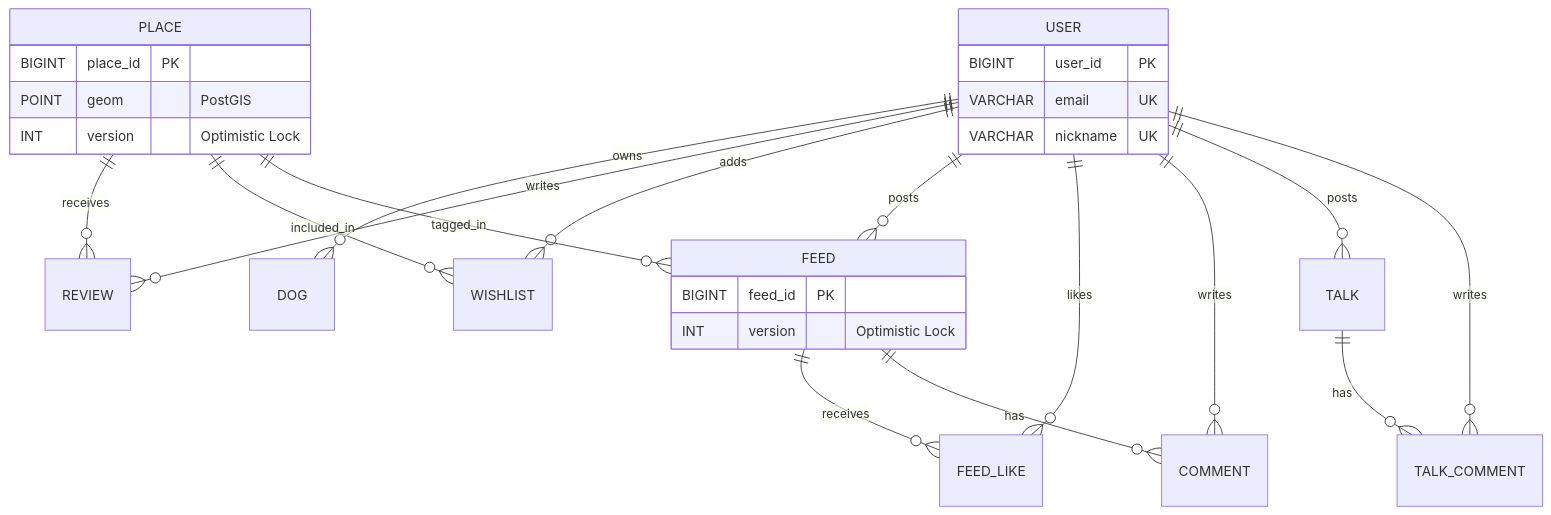
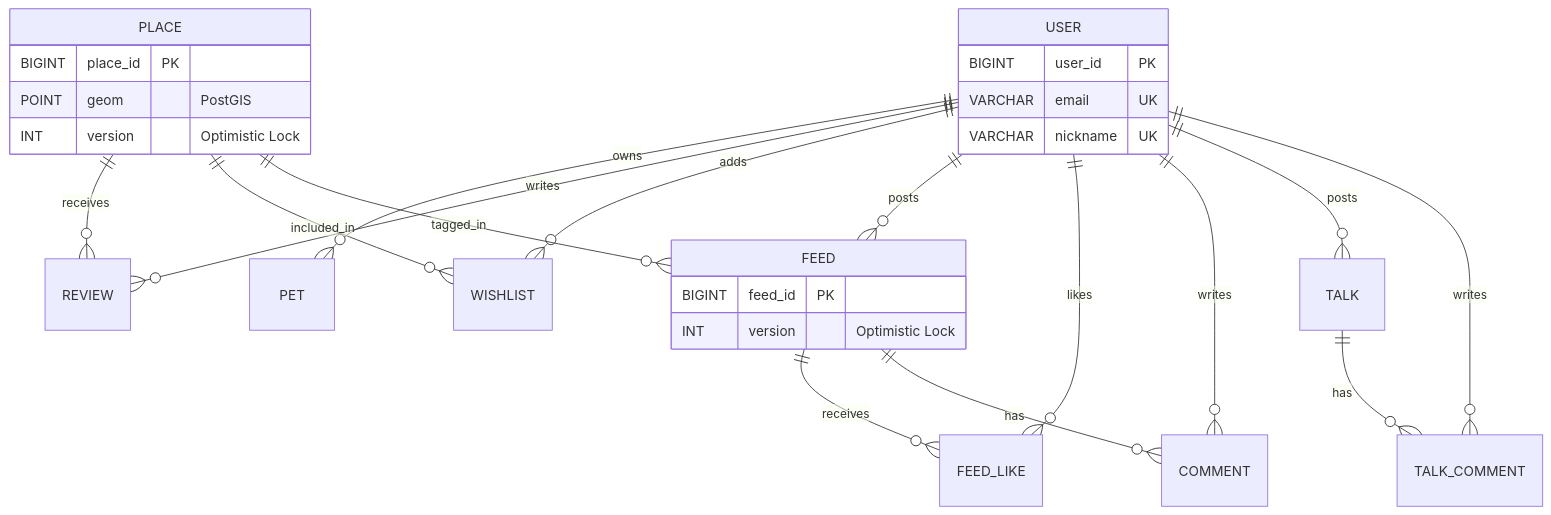
One commit to ykimek-elly/MeongNyangTrip_2.0 changed the diagram in docs/specs/erd.md. Above: the diagram before and after it, drawn with Mermaid. The commit also changed other lines of this file and 19 other files, not shown here.

First line of the commit message:
feat: [BE+FE] DOG→PET 통합 / 공공데이터 배치+교차검증+PostGIS+Redis 캐싱 구현

````diff
--- a/docs/specs/erd.md
+++ b/docs/specs/erd.md
@@ -13,35 +13,35 @@
 ```mermaid
 erDiagram
-    USER ||--o{ DOG : "owns"
+    USER ||--o{ PET : "owns"
     USER ||--o{ REVIEW : "writes"
     USER ||--o{ WISHLIST : "adds"
     USER ||--o{ FEED : "posts"
     USER ||--o{ FEED_LIKE : "likes"
     USER ||--o{ COMMENT : "writes"
     USER ||--o{ TALK : "posts"
     USER ||--o{ TALK_COMMENT : "writes"
 
     PLACE ||--o{ REVIEW : "receives"
     PLACE ||--o{ WISHLIST : "included_in"
     PLACE ||--o{ FEED : "tagged_in"
 
     FEED ||--o{ FEED_LIKE : "receives"
     FEED ||--o{ COMMENT : "has"
 
     TALK ||--o{ TALK_COMMENT : "has"
 
     USER {
         BIGINT user_id PK
         VARCHAR email UK
         VARCHAR nickname UK
     }
     PLACE {
         BIGINT place_id PK
         POINT geom "PostGIS"
         INT version "Optimistic Lock"
     }
     FEED {
         BIGINT feed_id PK
         INT version "Optimistic Lock"
     }
 ```
````
